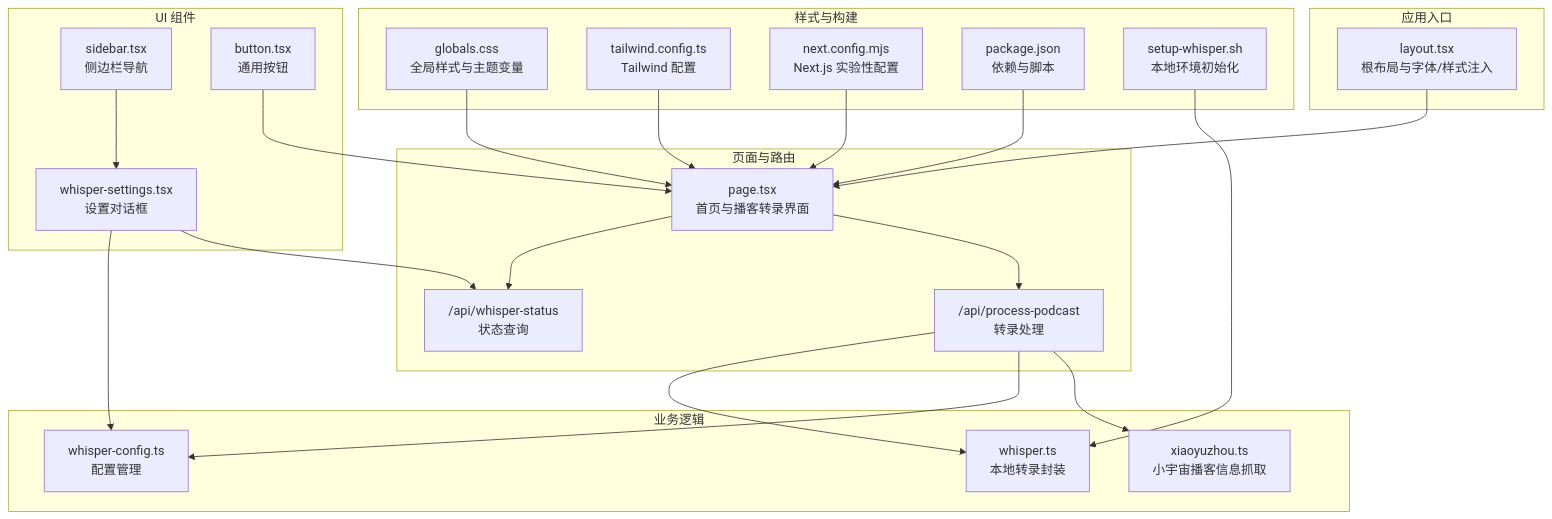
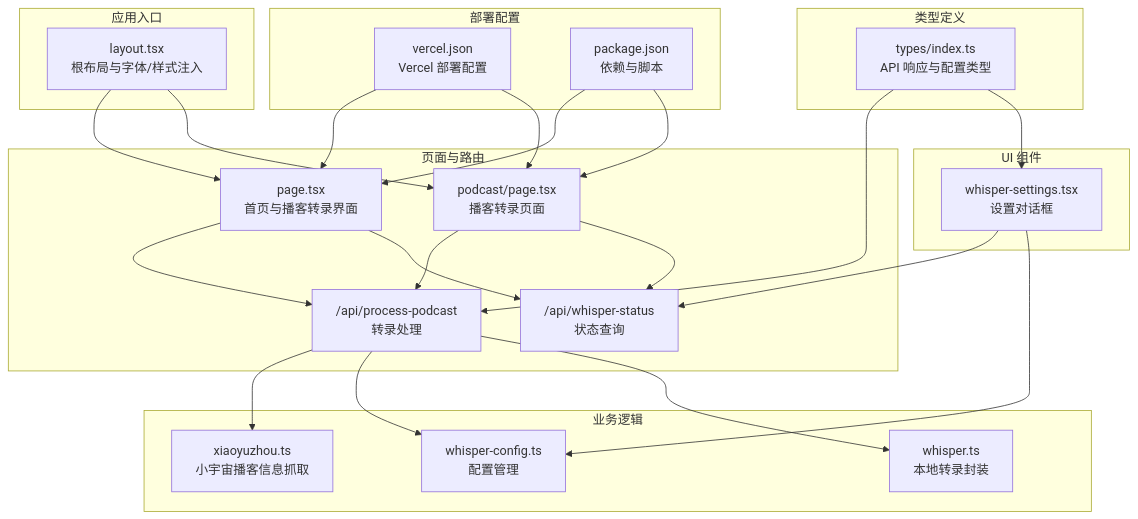
The first of 6 diagrams in .qoder/repowiki/zh/content/项目概述.md (clawbotai/memo-flow), drawn with Mermaid before and after one commit. The commit also changed other lines of this file and 5 other files, not shown here.

````diff
--- a/.qoder/repowiki/zh/content/项目概述.md
+++ b/.qoder/repowiki/zh/content/项目概述.md
@@ -50,43 +54,44 @@
 ```mermaid
 graph TB
 subgraph "应用入口"
 L["layout.tsx<br/>根布局与字体/样式注入"]
 end
 subgraph "页面与路由"
 P["page.tsx<br/>首页与播客转录界面"]
+POD["podcast/page.tsx<br/>播客转录页面"]
 API1["/api/process-podcast<br/>转录处理"]
 API2["/api/whisper-status<br/>状态查询"]
 end
 subgraph "业务逻辑"
 XZ["xiaoyuzhou.ts<br/>小宇宙播客信息抓取"]
 WC["whisper-config.ts<br/>配置管理"]
 WT["whisper.ts<br/>本地转录封装"]
 end
 subgraph "UI 组件"
-SB["sidebar.tsx<br/>侧边栏导航"]
 WS["whisper-settings.tsx<br/>设置对话框"]
-BTN["button.tsx<br/>通用按钮"]
 end
-subgraph "样式与构建"
-CSS["globals.css<br/>全局样式与主题变量"]
-TW["tailwind.config.ts<br/>Tailwind 配置"]
-NC["next.config.mjs<br/>Next.js 实验性配置"]
+subgraph "类型定义"
+T["types/index.ts<br/>API 响应与配置类型"]
+end
+subgraph "部署配置"
+V["vercel.json<br/>Vercel 部署配置"]
 PKG["package.json<br/>依赖与脚本"]
-SH["setup-whisper.sh<br/>本地环境初始化"]
 end
 L --> P
+L --> POD
 P --> API1
 P --> API2
+POD --> API1
+POD --> API2
 API1 --> XZ
 API1 --> WC
 API1 --> WT
-SB --> WS
 WS --> API2
 WS --> WC
-BTN --> P
-CSS --> P
-TW --> P
-NC --> P
+T --> API1
+T --> WS
 PKG --> P
-SH --> WT
+PKG --> POD
+V --> P
+V --> POD
 ```
````
